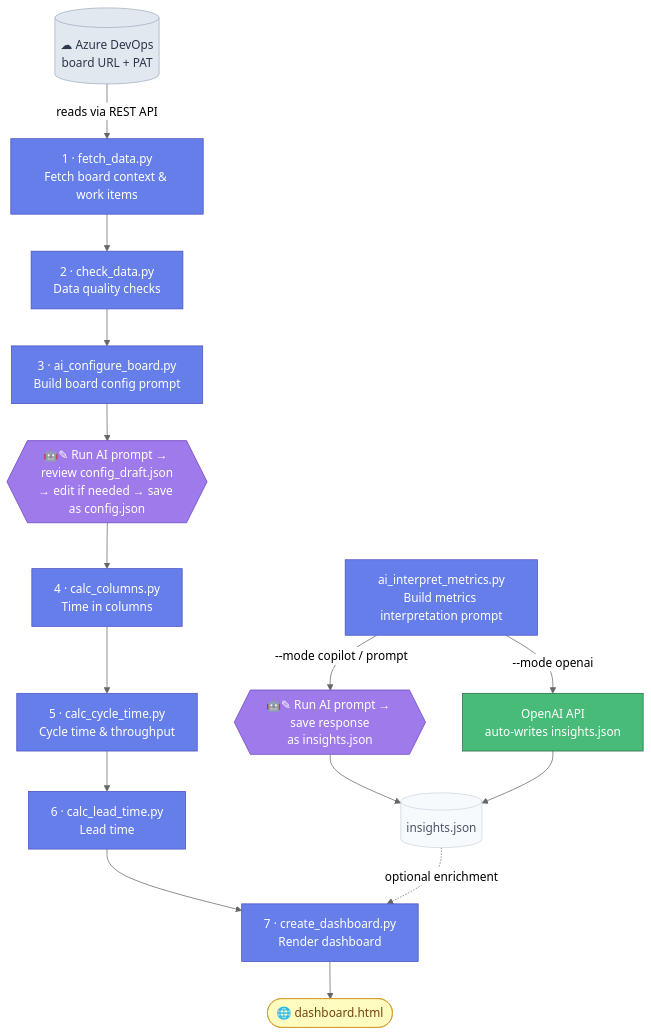
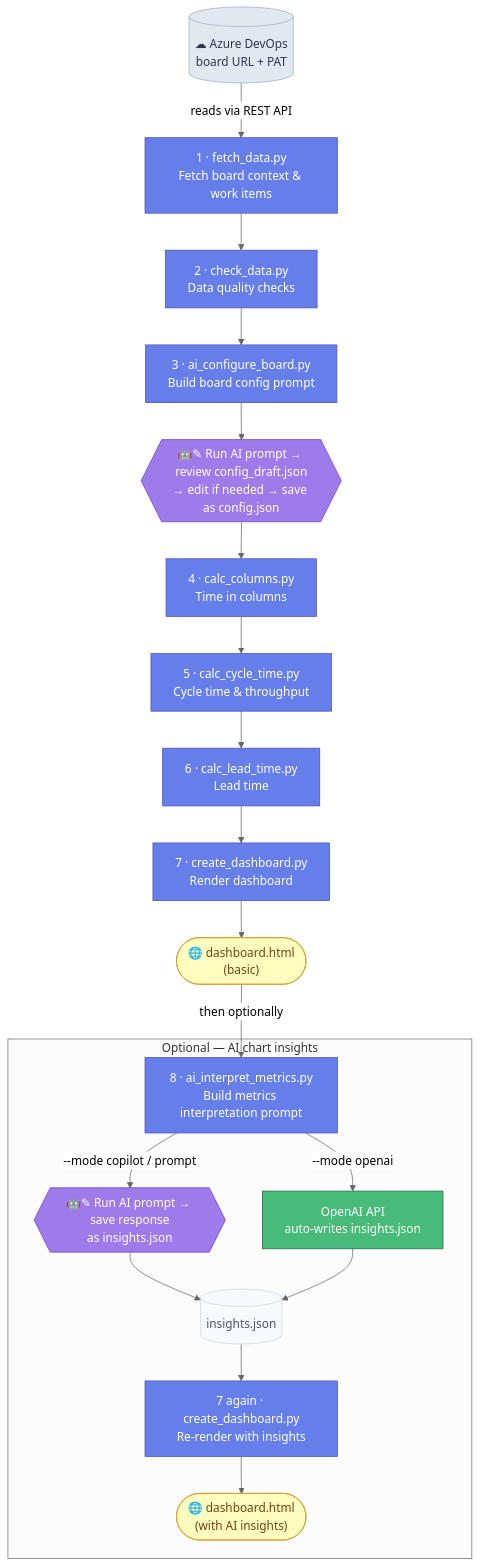
Before and after one commit to asos-davidmichel/ai-flow-metrics: the diagram in README.md, drawn with Mermaid (neutral theme). The commit also changed other lines of this file, not shown here.

Commit message:
docs: clarify optional AI insights step and re-run of step 7 in diagram

````diff
--- a/README.md
+++ b/README.md
@@ -51,36 +51,41 @@
 ```mermaid
 flowchart TD
     ADO[("☁ Azure DevOps\nboard URL + PAT")]:::external
 
     fetch["1 · fetch_data.py\nFetch board context & work items"]:::script
     check["2 · check_data.py\nData quality checks"]:::script
     aiconf["3 · ai_configure_board.py\nBuild board config prompt"]:::script
     aiconfprompt{{"🤖✎ Run AI prompt → review config_draft.json\n→ edit if needed → save as config.json"}}:::humanai
     calccol["4 · calc_columns.py\nTime in columns"]:::script
     calcct["5 · calc_cycle_time.py\nCycle time & throughput"]:::script
     calclt["6 · calc_lead_time.py\nLead time"]:::script
     dash["7 · create_dashboard.py\nRender dashboard"]:::script
-    out(["🌐 dashboard.html"]):::output
+    out(["🌐 dashboard.html\n(basic)"]):::output
 
-    aimetrics["ai_interpret_metrics.py\nBuild metrics interpretation prompt"]:::script
-    savemetrics{{"🤖✎ Run AI prompt → save response\nas insights.json"}}:::humanai
-    autoinsights["OpenAI API\nauto-writes insights.json"]:::autoai
-    insights[("insights.json")]:::file
+    subgraph optional ["Optional — AI chart insights"]
+        aimetrics["8 · ai_interpret_metrics.py\nBuild metrics interpretation prompt"]:::script
+        savemetrics{{"🤖✎ Run AI prompt → save response\nas insights.json"}}:::humanai
+        autoinsights["OpenAI API\nauto-writes insights.json"]:::autoai
+        insights[("insights.json")]:::file
+        redash["7 again · create_dashboard.py\nRe-render with insights"]:::script
+        out2(["🌐 dashboard.html\n(with AI insights)"]):::output
+    end
 
     ADO -->|"reads via REST API"| fetch
     fetch --> check --> aiconf --> aiconfprompt
-    aiconfprompt --> calccol --> calcct --> calclt --> dash
+    aiconfprompt --> calccol --> calcct --> calclt --> dash --> out
+
+    out -->|"then optionally"| aimetrics
     aimetrics -->|"--mode copilot / prompt"| savemetrics
     aimetrics -->|"--mode openai"| autoinsights
     savemetrics --> insights
     autoinsights --> insights
-    insights -.->|"optional enrichment"| dash
-    dash --> out
+    insights --> redash --> out2
 
     classDef script  fill:#667eea,color:#fff,stroke:#4c51bf
     classDef humanai fill:#9f7aea,color:#fff,stroke:#6b46c1
     classDef autoai  fill:#48bb78,color:#fff,stroke:#276749
     classDef external fill:#e2e8f0,color:#2d3748,stroke:#a0aec0
     classDef file    fill:#f7fafc,color:#4a5568,stroke:#cbd5e0
     classDef output  fill:#fefcbf,color:#744210,stroke:#d69e2e
 ```
````
